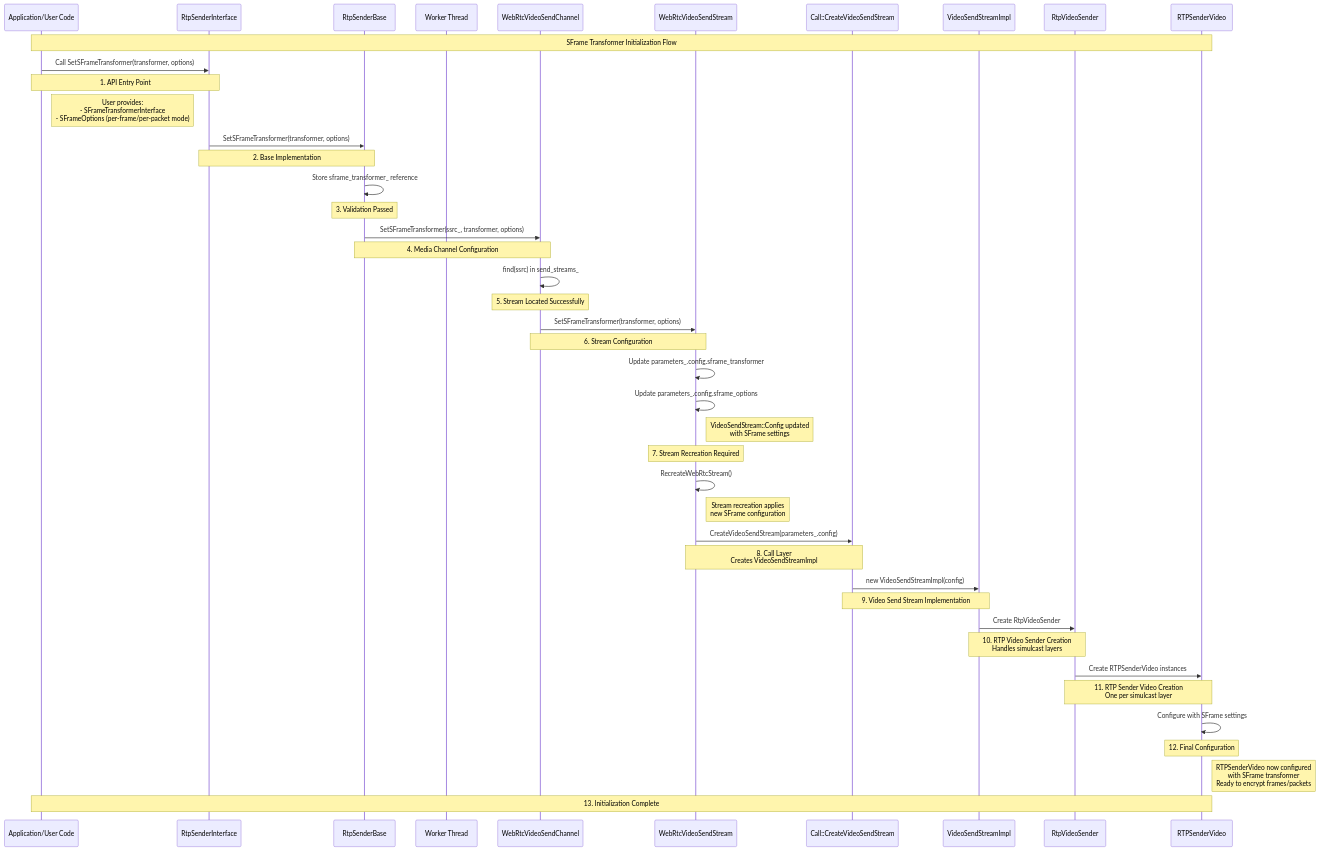
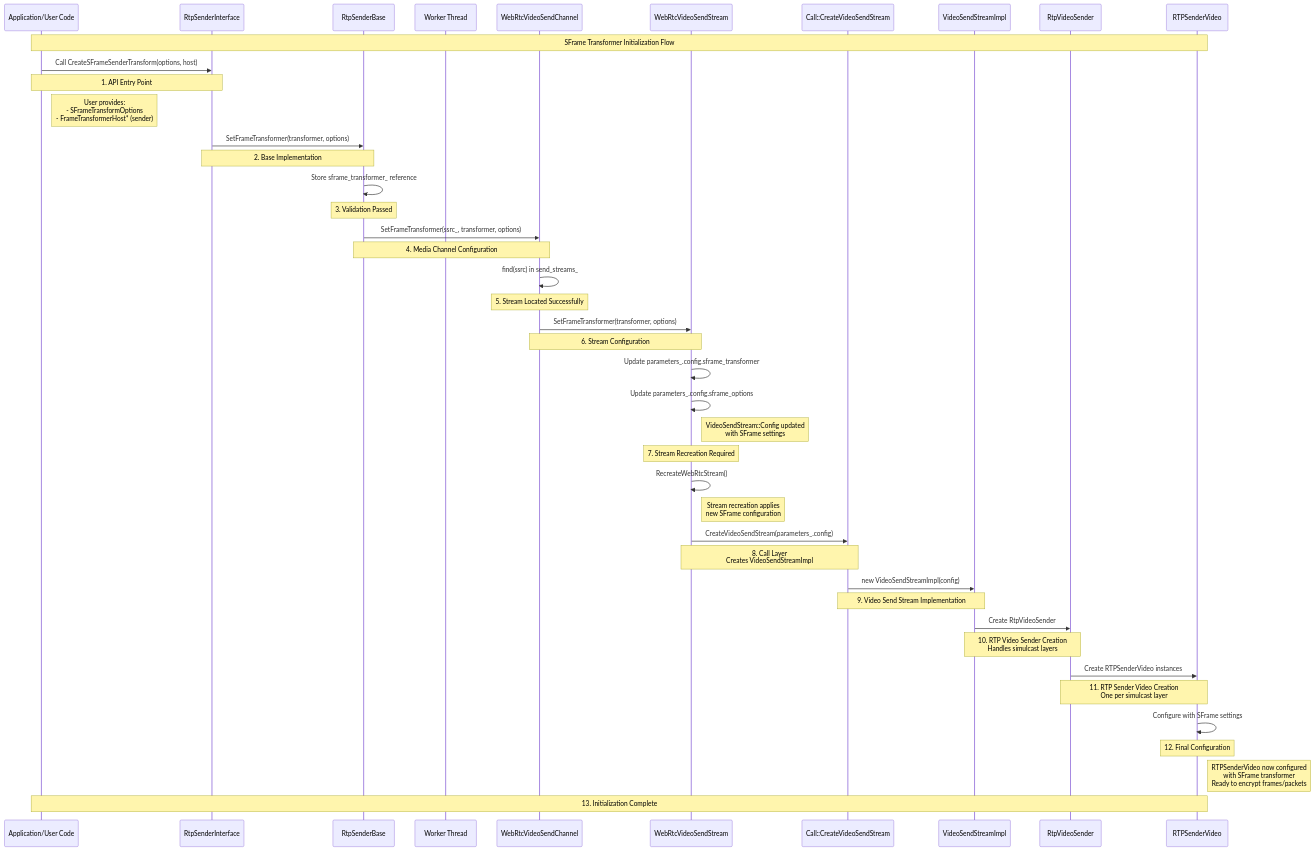
One commit to webex/webrtc-sframe changed the first of 2 diagrams in video-sender.md. Above: the diagram before and after it, drawn with Mermaid. The commit also changed other lines of this file and 5 other files, not shown here.

````diff
--- a/video-sender.md
+++ b/video-sender.md
@@ -16,66 +13,66 @@
 ```mermaid
 sequenceDiagram
     participant User as Application/User Code
     participant API as RtpSenderInterface
     participant Base as RtpSenderBase
     participant Worker as Worker Thread
     participant Channel as WebRtcVideoSendChannel
     participant Stream as WebRtcVideoSendStream
     participant Call as Call::CreateVideoSendStream
     participant VSImpl as VideoSendStreamImpl
     participant RtpVideoSender as RtpVideoSender
     participant RTPSender as RTPSenderVideo
 
     Note over User, RTPSender: SFrame Transformer Initialization Flow
 
     %% API Level Initialization
-    User->>API: Call SetSFrameTransformer(transformer, options)
+    User->>API: Call CreateSFrameSenderTransform(options, host)
     Note over User, API: 1. API Entry Point
-    Note right of User: User provides:<br/>- SFrameTransformerInterface<br/>- SFrameOptions (per-frame/per-packet mode)
+    Note right of User: User provides:<br/>- SFrameTransformOptions<br/>- FrameTransformerHost* (sender)
 
     %% RtpSenderBase Processing
-    API->>Base: SetSFrameTransformer(transformer, options)
+    API->>Base: SetFrameTransformer(transformer, options)
     Note over API, Base: 2. Base Implementation
     Base->>Base: Store sframe_transformer_ reference
 
     %% Validation and Processing
     Note over Base: 3. Validation Passed
-    Base->>Channel: SetSFrameTransformer(ssrc_, transformer, options)
+    Base->>Channel: SetFrameTransformer(ssrc_, transformer, options)
     Note over Base, Channel: 4. Media Channel Configuration
 
     %% Stream Lookup and Configuration
     Channel->>Channel: find(ssrc) in send_streams_
     Note over Channel: 5. Stream Located Successfully
-    Channel->>Stream: SetSFrameTransformer(transformer, options)
+    Channel->>Stream: SetFrameTransformer(transformer, options)
 
     %% Stream Configuration Update
     Note over Channel, Stream: 6. Stream Configuration
     Stream->>Stream: Update parameters_.config.sframe_transformer
     Stream->>Stream: Update parameters_.config.sframe_options
     Note right of Stream: VideoSendStream::Config updated<br/>with SFrame settings
 
     %% Stream Recreation and Creation Pipeline
     Note over Stream: 7. Stream Recreation Required
     Stream->>Stream: RecreateWebRtcStream()
     Note right of Stream: Stream recreation applies<br/>new SFrame configuration
 
     %% Video Send Stream Creation Pipeline
     Stream->>Call: CreateVideoSendStream(parameters_.config)
     Note over Stream, Call: 8. Call Layer<br/>Creates VideoSendStreamImpl
 
     Call->>VSImpl: new VideoSendStreamImpl(config)
     Note over Call, VSImpl: 9. Video Send Stream Implementation
 
     VSImpl->>RtpVideoSender: Create RtpVideoSender
     Note over VSImpl, RtpVideoSender: 10. RTP Video Sender Creation<br/>Handles simulcast layers
 
     RtpVideoSender->>RTPSender: Create RTPSenderVideo instances
     Note over RtpVideoSender, RTPSender: 11. RTP Sender Video Creation<br/>One per simulcast layer
 
     RTPSender->>RTPSender: Configure with SFrame settings
     Note over RTPSender: 12. Final Configuration
     Note right of RTPSender: RTPSenderVideo now configured<br/>with SFrame transformer<br/>Ready to encrypt frames/packets
 
     %% Success Response
     Note over User, RTPSender: 13. Initialization Complete
 ```
````
